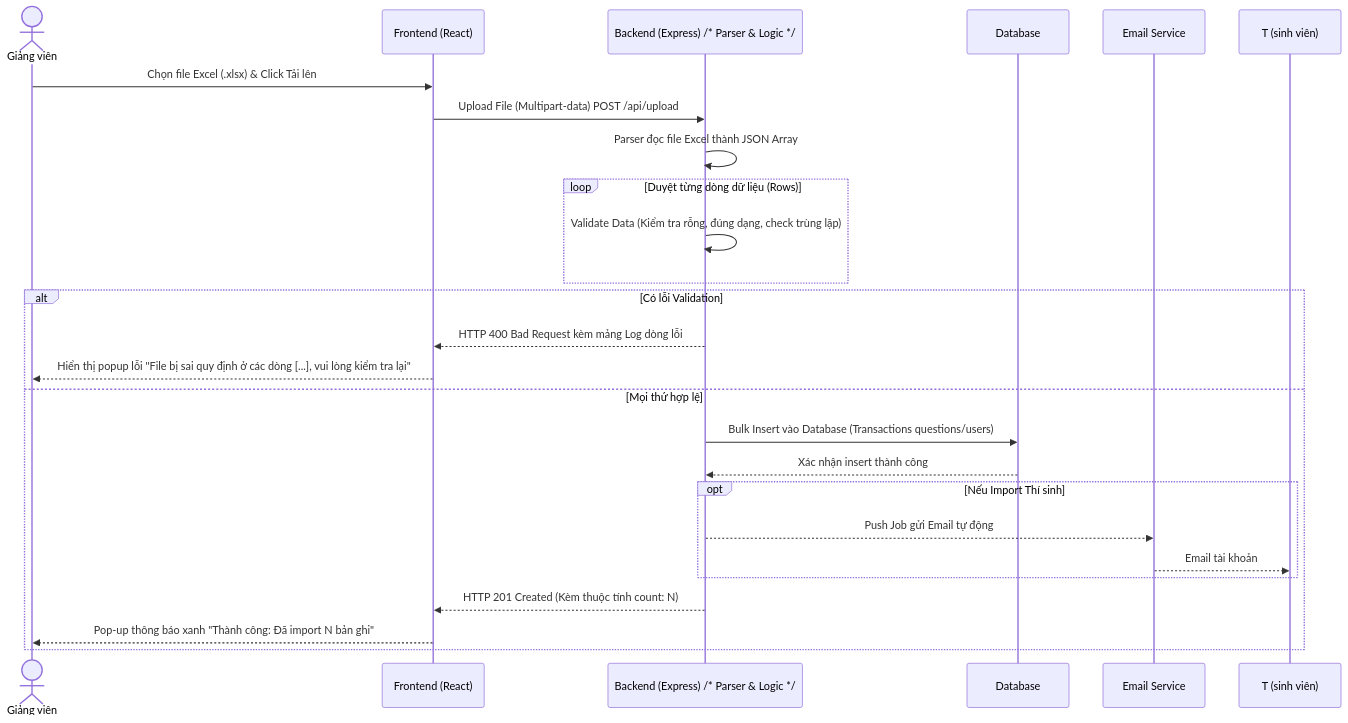
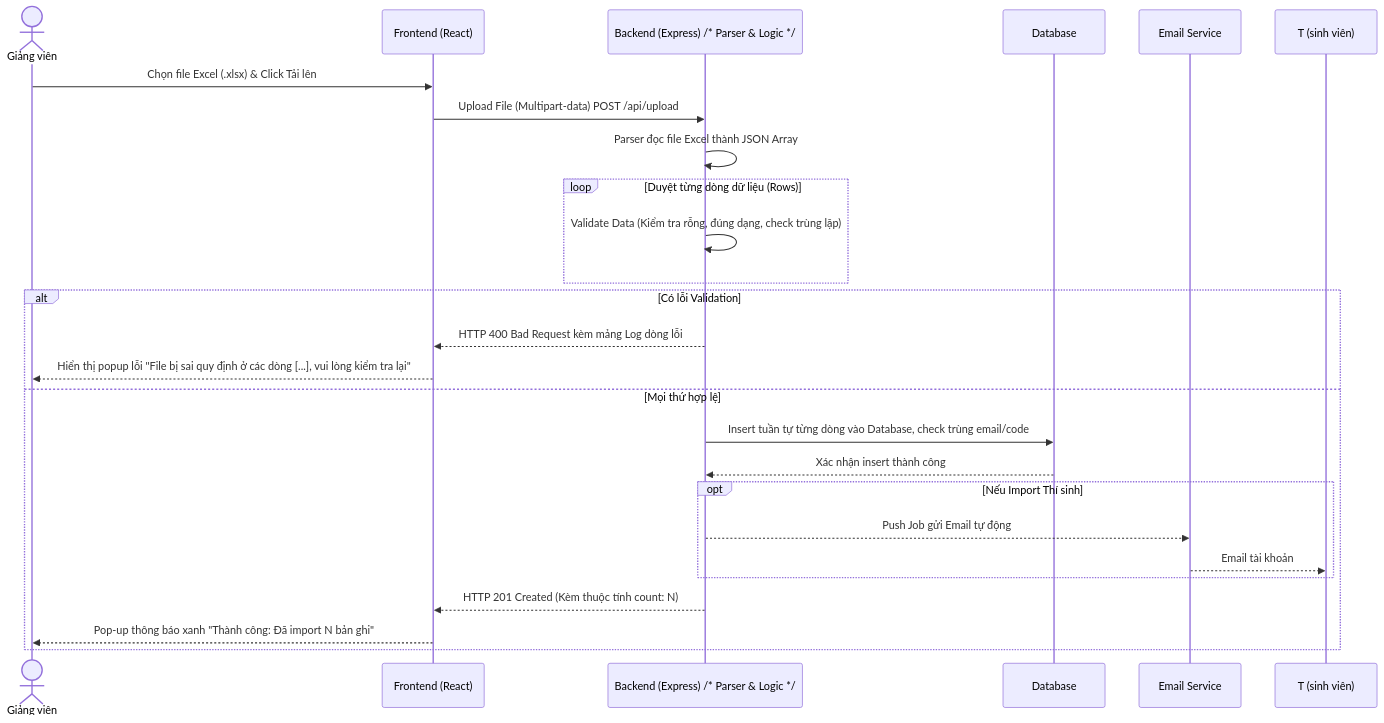
Before and after one commit to doananhminh163-max/online_exam_project: the third of 3 diagrams in docs/SRS.md, drawn with Mermaid. The commit also changed other lines of this file and 36 other files, not shown here.

````diff
--- a/docs/SRS.md
+++ b/docs/SRS.md
@@ -153,31 +153,31 @@
 ```mermaid
 sequenceDiagram
     actor T as Giảng viên
     participant F as Frontend (React)
     participant B as Backend (Express) /* Parser & Logic */
     participant D as Database
     participant M as Email Service
 
     T->>F: Chọn file Excel (.xlsx) & Click Tải lên
     F->>B: Upload File (Multipart-data) POST /api/upload
     B->>B: Parser đọc file Excel thành JSON Array
     
     loop Duyệt từng dòng dữ liệu (Rows)
         B->>B: Validate Data (Kiểm tra rỗng, đúng dạng, check trùng lặp)
     end
     
     alt Có lỗi Validation
         B-->>F: HTTP 400 Bad Request kèm mảng Log dòng lỗi
         F-->>T: Hiển thị popup lỗi "File bị sai quy định ở các dòng [...], vui lòng kiểm tra lại"
     else Mọi thứ hợp lệ
-        B->>D: Bulk Insert vào Database (Transactions questions/users)
+        B->>D: Insert tuần tự từng dòng vào Database, check trùng email/code
         D-->>B: Xác nhận insert thành công
         
         opt Nếu Import Thí sinh
             B-->>M: Push Job gửi Email tự động
             M-->>T (sinh viên): Email tài khoản
         end
         B-->>F: HTTP 201 Created (Kèm thuộc tính count: N)
         F-->>T: Pop-up thông báo xanh "Thành công: Đã import N bản ghi"
     end
 ```
````
